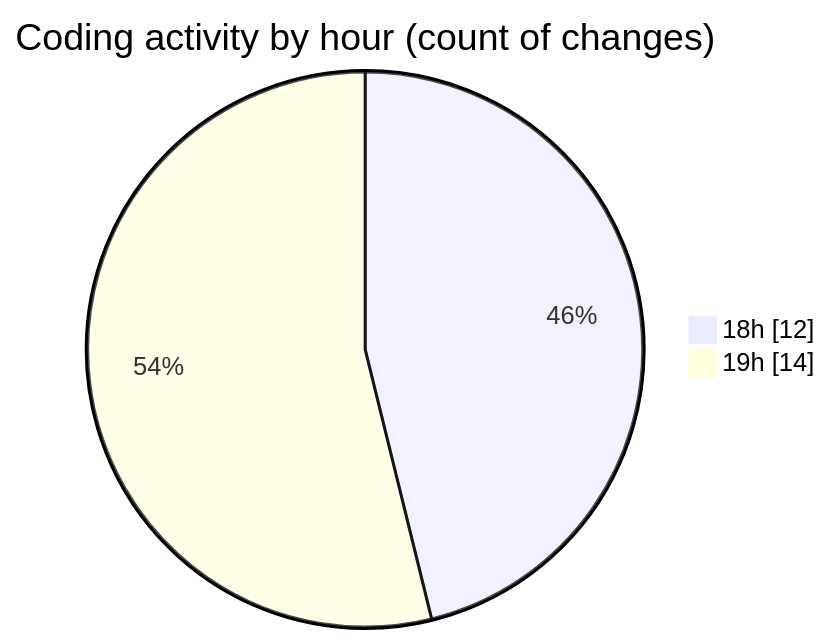
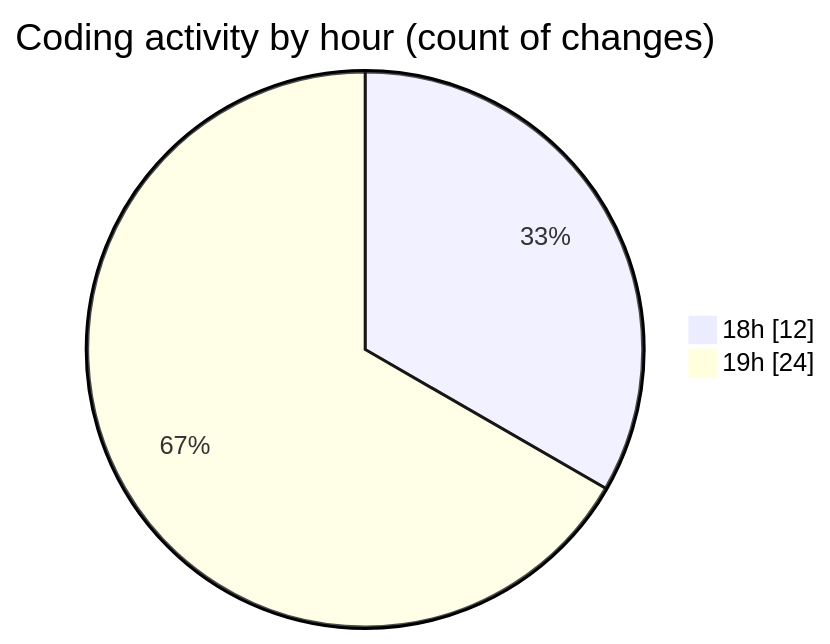
The second of 2 diagrams in 2025-03-14/myws__workspace_/README.md (MatusMokan/code-tracking), drawn with Mermaid before and after one commit. The commit also changed other lines of this file and 1 other file, not shown here.

````diff
--- a/2025-03-14/myws__workspace_/README.md
+++ b/2025-03-14/myws__workspace_/README.md
@@ -30,6 +30,6 @@
 ```mermaid
 pie showData
 title Coding activity by hour (count of changes)
 "18h" : 12
-"19h" : 14
+"19h" : 24
 ```
````
